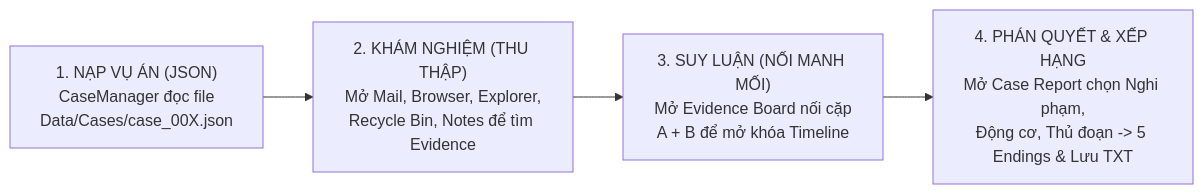
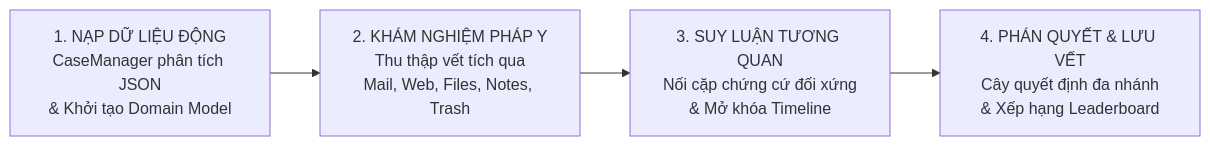
One commit to soda2611/Detective_Desktop changed the first of 5 diagrams in README.md. Above: the diagram before and after it, drawn with Mermaid. The commit also changed other lines of this file, not shown here.

````diff
--- a/README.md
+++ b/README.md
@@ -33,6 +34,6 @@
 ```mermaid
 flowchart LR
-    B1["1. NẠP VỤ ÁN (JSON)\nCaseManager đọc file\nData/Cases/case_00X.json"] --> B2["2. KHÁM NGHIỆM (THU THẬP)\nMở Mail, Browser, Explorer,\nRecycle Bin, Notes để tìm Evidence"]
-    B2 --> B3["3. SUY LUẬN (NỐI MANH MỐI)\nMở Evidence Board nối cặp\nA + B để mở khóa Timeline"]
-    B3 --> B4["4. PHÁN QUYẾT & XẾP HẠNG\nMở Case Report chọn Nghi phạm,\nĐộng cơ, Thủ đoạn -> 5 Endings & Lưu TXT"]
+    S1["1. NẠP DỮ LIỆU ĐỘNG\nCaseManager phân tích JSON\n& Khởi tạo Domain Model"] --> S2["2. KHÁM NGHIỆM PHÁP Y\nThu thập vết tích qua\nMail, Web, Files, Notes, Trash"]
+    S2 --> S3["3. SUY LUẬN TƯƠNG QUAN\nNối cặp chứng cứ đối xứng\n& Mở khóa Timeline"]
+    S3 --> S4["4. PHÁN QUYẾT & LƯU VẾT\nCây quyết định đa nhánh\n& Xếp hạng Leaderboard"]
 ```
````
